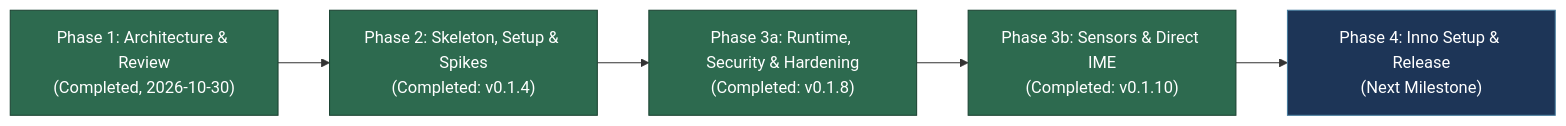
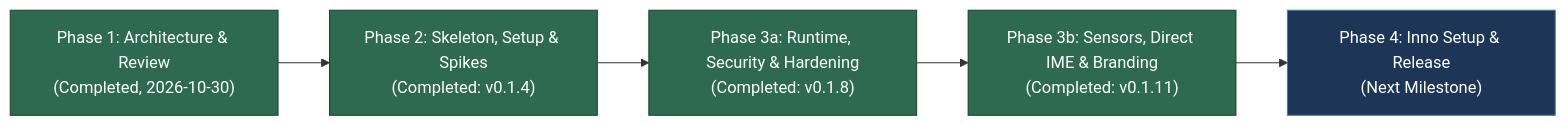
The diagram in README.md (OrcusExtreme/Orcus_APK_Emulator), drawn with Mermaid before and after one commit. The commit also changed other lines of this file and 16 other files, not shown here.

````diff
--- a/README.md
+++ b/README.md
@@ -86,12 +90,12 @@
 ```mermaid
 flowchart LR
     A["Phase 1: Architecture & Review<br/>(Completed, 2026-10-30)"] --> B["Phase 2: Skeleton, Setup & Spikes<br/>(Completed: v0.1.4)"]
     B --> C["Phase 3a: Runtime, Security & Hardening<br/>(Completed: v0.1.8)"]
-    C --> D["Phase 3b: Sensors & Direct IME<br/>(Completed: v0.1.10)"]
+    C --> D["Phase 3b: Sensors, Direct IME & Branding<br/>(Completed: v0.1.11)"]
     D --> E["Phase 4: Inno Setup & Release<br/>(Next Milestone)"]
     style A fill:#2d6a4f,stroke:#1b4332,color:#fff
     style B fill:#2d6a4f,stroke:#1b4332,color:#fff
     style C fill:#2d6a4f,stroke:#1b4332,color:#fff
     style D fill:#2d6a4f,stroke:#1b4332,color:#fff
     style E fill:#1d3557,stroke:#457b9d,color:#fff
 ```
````
